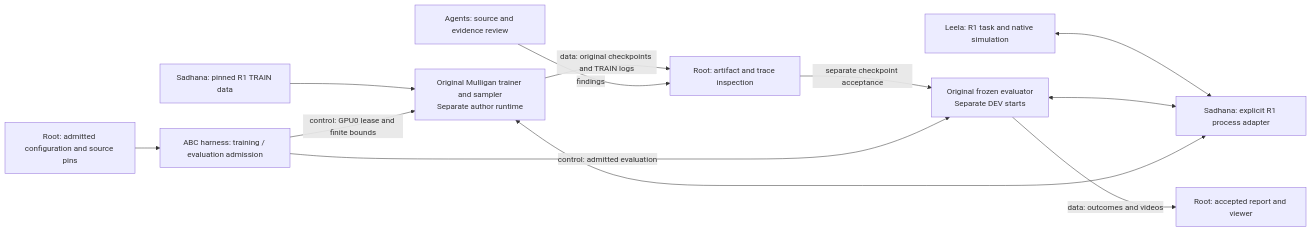
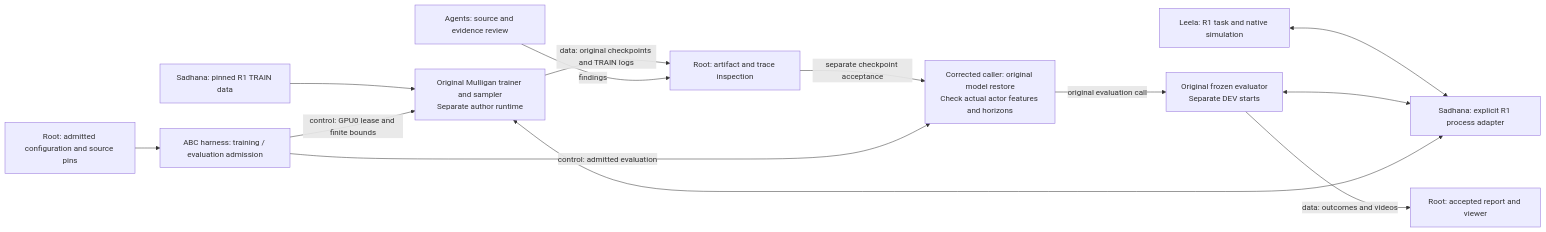
The diagram in docs/bench/MULLIGAN_R1_HARNESS_20261015.mmd (aditya9729/abc), drawn with Mermaid before and after one commit. The commit also changed 2 other files, not shown here.

Commit message:
Bind Mulligan evaluation to corrected original checkpoint guard

```diff
--- a/docs/bench/MULLIGAN_R1_HARNESS_20261015.mmd
+++ b/docs/bench/MULLIGAN_R1_HARNESS_20261015.mmd
@@ -1,12 +1,13 @@
 flowchart LR
     Data["Sadhana: pinned R1 TRAIN data"] --> Author["Original Mulligan trainer and sampler\nSeparate author runtime"]
     Scene["Leela: R1 task and native simulation"] <--> Adapter["Sadhana: explicit R1 process adapter"]
     Adapter <--> Author
     Config["Root: admitted configuration and source pins"] --> Guard["ABC harness: training / evaluation admission"]
     Guard -- "control: GPU0 lease and finite bounds" --> Author
     Author -- "data: original checkpoints and TRAIN logs" --> Inspect["Root: artifact and trace inspection"]
-    Inspect -- "separate checkpoint acceptance" --> Frozen["Original frozen evaluator\nSeparate DEV starts"]
-    Guard -- "control: admitted evaluation" --> Frozen
+    Inspect -- "separate checkpoint acceptance" --> Caller["Corrected caller: original model restore\nCheck actual actor features and horizons"]
+    Guard -- "control: admitted evaluation" --> Caller
+    Caller -- "original evaluation call" --> Frozen["Original frozen evaluator\nSeparate DEV starts"]
     Frozen <--> Adapter
     Frozen -- "data: outcomes and videos" --> Report["Root: accepted report and viewer"]
     Peer["Agents: source and evidence review"] -- "findings" --> Inspect
```
